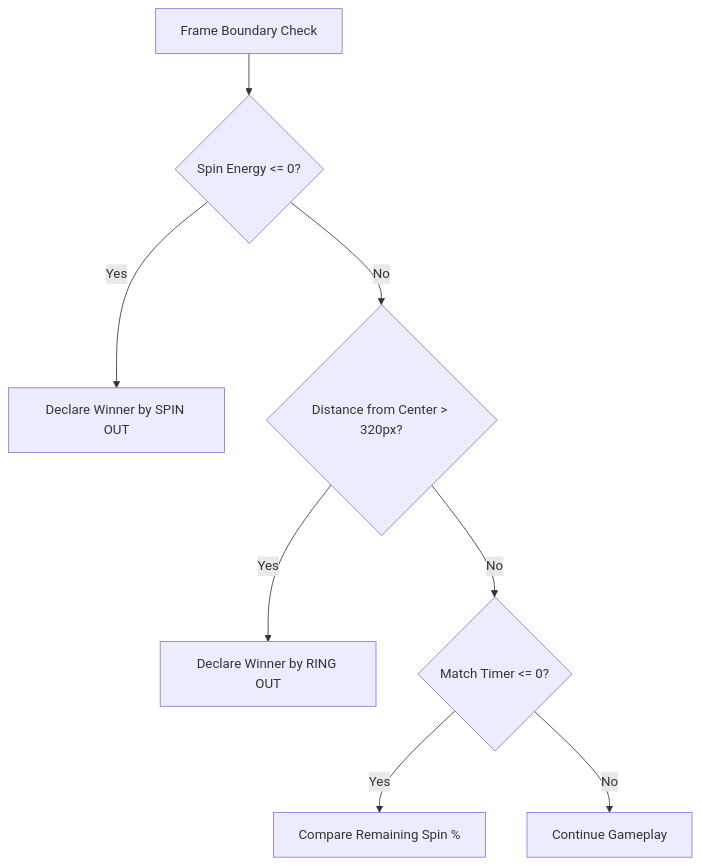
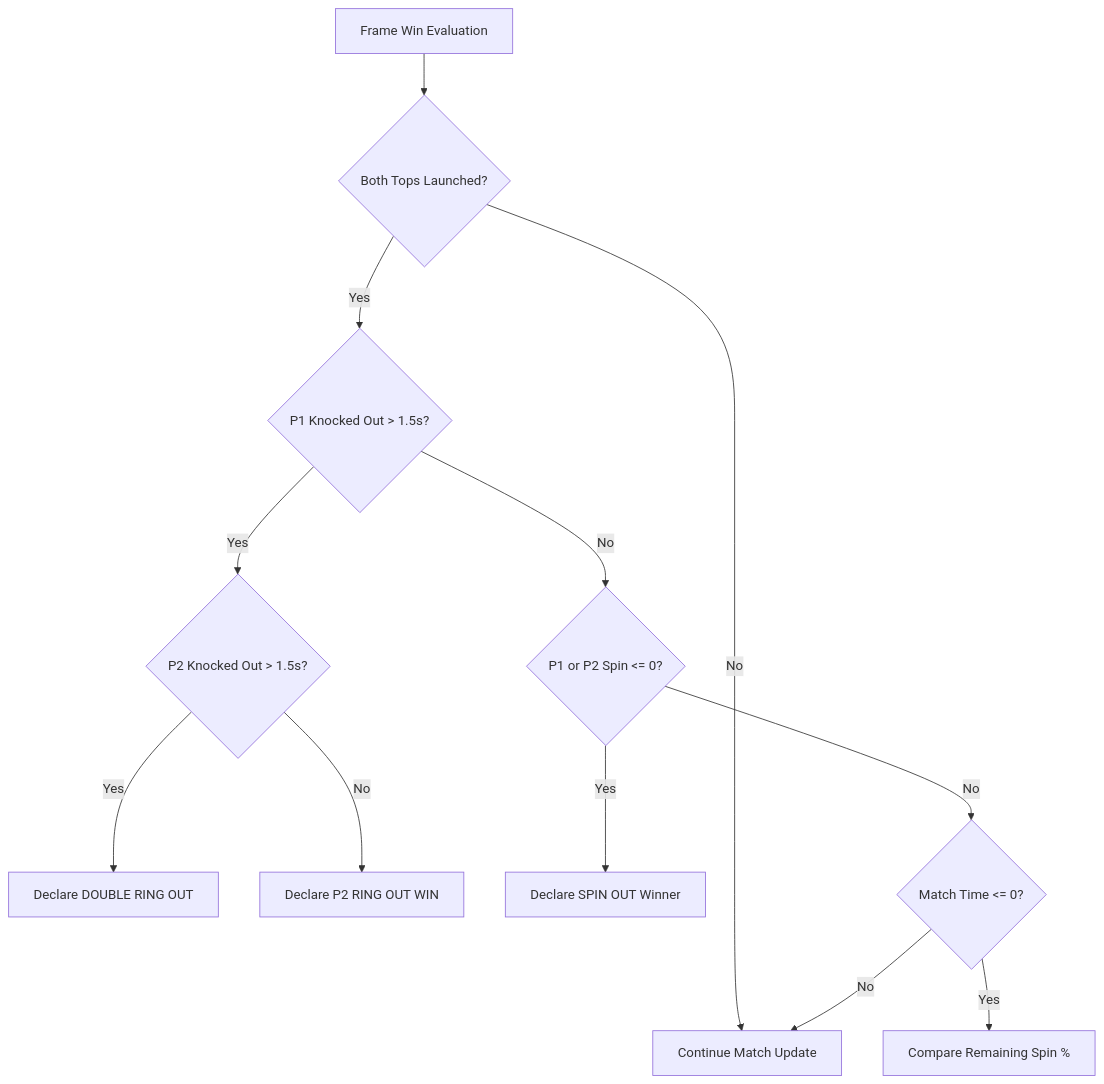
One commit to Pavithran030/Pambaram-Game-Development-Project changed the fifth of 5 diagrams in Pambaram_Implementation_Flow_and_Logic.md. Above: the diagram before and after it, drawn with Mermaid. The commit also changed other lines of this file and 8 other files, not shown here.

````diff
--- a/Pambaram_Implementation_Flow_and_Logic.md
+++ b/Pambaram_Implementation_Flow_and_Logic.md
@@ -159,10 +221,14 @@
 ```mermaid
 flowchart TD
-    CheckFrame[Frame Boundary Check] --> SpinCheck{Spin Energy <= 0?}
-    SpinCheck -- Yes --> SpinOut[Declare Winner by SPIN OUT]
-    SpinCheck -- No --> PosCheck{Distance from Center > 320px?}
-    PosCheck -- Yes --> RingOut[Declare Winner by RING OUT]
-    PosCheck -- No --> TimerCheck{Match Timer <= 0?}
-    TimerCheck -- Yes --> TimeOut[Compare Remaining Spin %]
-    TimerCheck -- No --> ContinueMatch[Continue Gameplay]
+    StartCheck[Frame Win Evaluation] --> LaunchCheck{Both Tops Launched?}
+    LaunchCheck -- No --> ContinueGame[Continue Match Update]
+    LaunchCheck -- Yes --> KO1{P1 Knocked Out > 1.5s?}
+    KO1 -- Yes --> KO2{P2 Knocked Out > 1.5s?}
+    KO2 -- Yes --> DrawKO[Declare DOUBLE RING OUT]
+    KO2 -- No --> WinP2[Declare P2 RING OUT WIN]
+    KO1 -- No --> SpinOutCheck{P1 or P2 Spin <= 0?}
+    SpinOutCheck -- Yes --> DetermineSpinWin[Declare SPIN OUT Winner]
+    SpinOutCheck -- No --> TimeCheck{Match Time <= 0?}
+    TimeCheck -- Yes --> CompareSpin[Compare Remaining Spin %]
+    TimeCheck -- No --> ContinueGame
 ```
````
